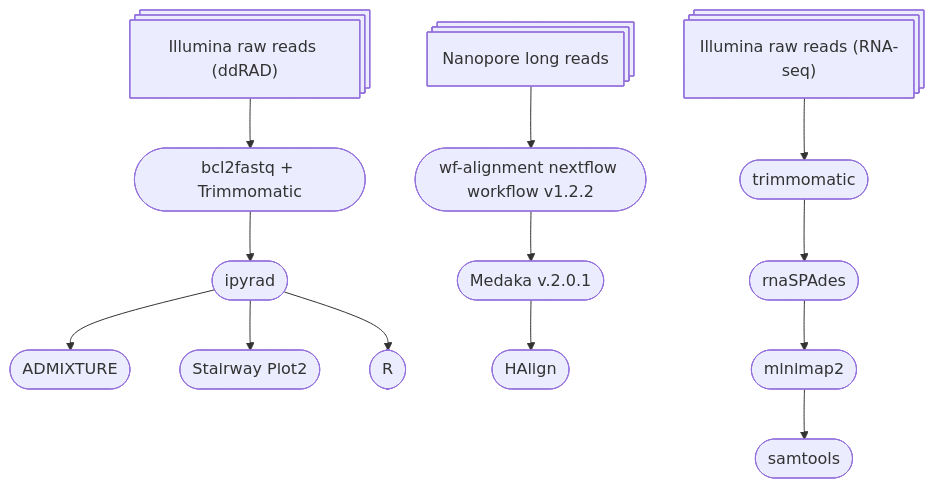
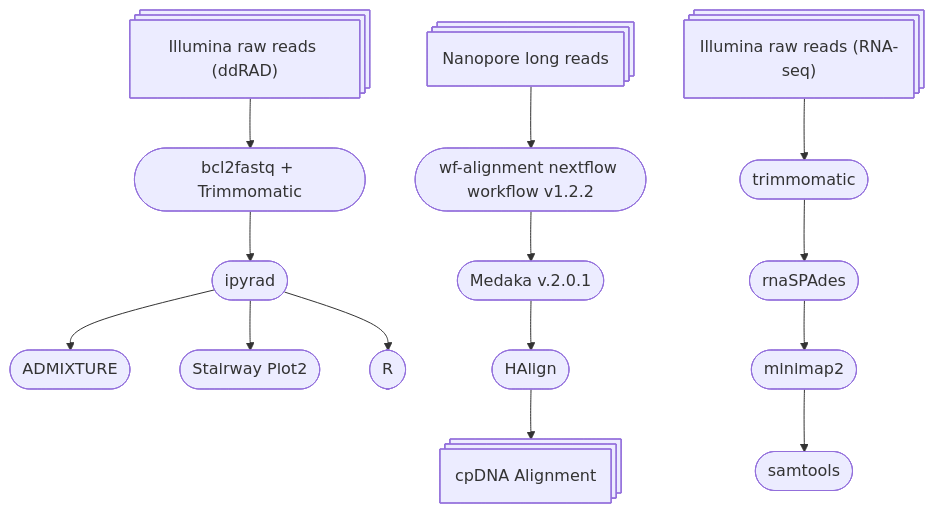
One commit to kuprinak/Drosera_pogen changed the diagram in README.md. Above: the diagram before and after it, drawn with Mermaid.

````diff
--- a/README.md
+++ b/README.md
@@ -19,18 +19,18 @@
 ```mermaid
 flowchart TB
 A@{shape: procs, label: "Illumina raw reads (ddRAD)"} --> B([bcl2fastq + Trimmomatic]);
 B --> C([ipyrad]);
 C --> D([ADMIXTURE]);
 C --> E([Stairway Plot2]);
 C --> F([R])
 
 AA@{shape: procs, label: "Nanopore long reads"} --> K([wf-alignment nextflow workflow v1.2.2]);
 K --> K1([Medaka v.2.0.1]);
-K1 --> K2([HAlign])
+K1 --> K2([HAlign]) --> K3@{shape: procs, label: "cpDNA Alignment"}
 
 AAA@{shape: procs, label: "Illumina raw reads (RNA-seq)"} --> SPA([trimmomatic]);
 SPA --> SPA1([rnaSPAdes]);
 SPA1 --> SPA2([minimap2]);
 SPA2 --> SPA3([samtools])
 
 ```
````
